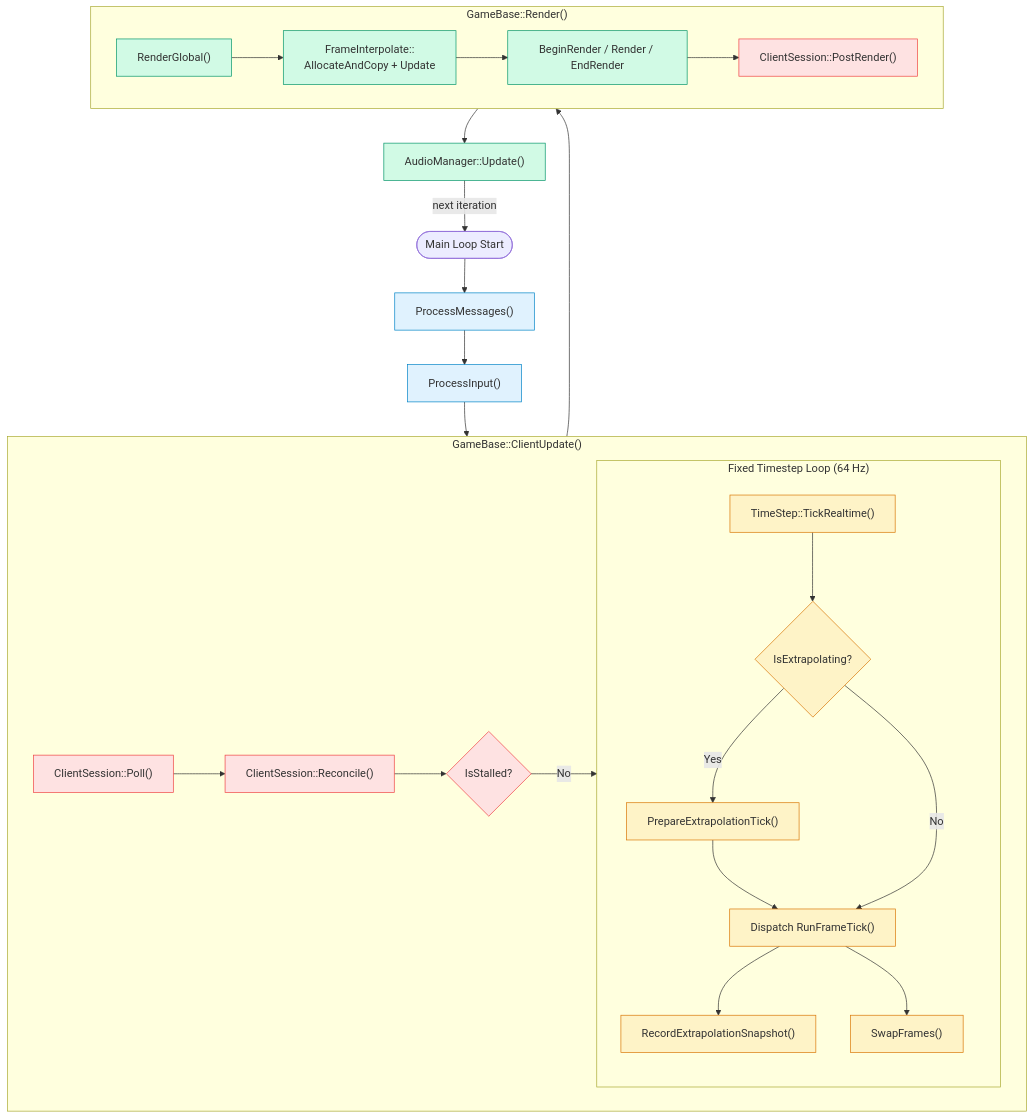
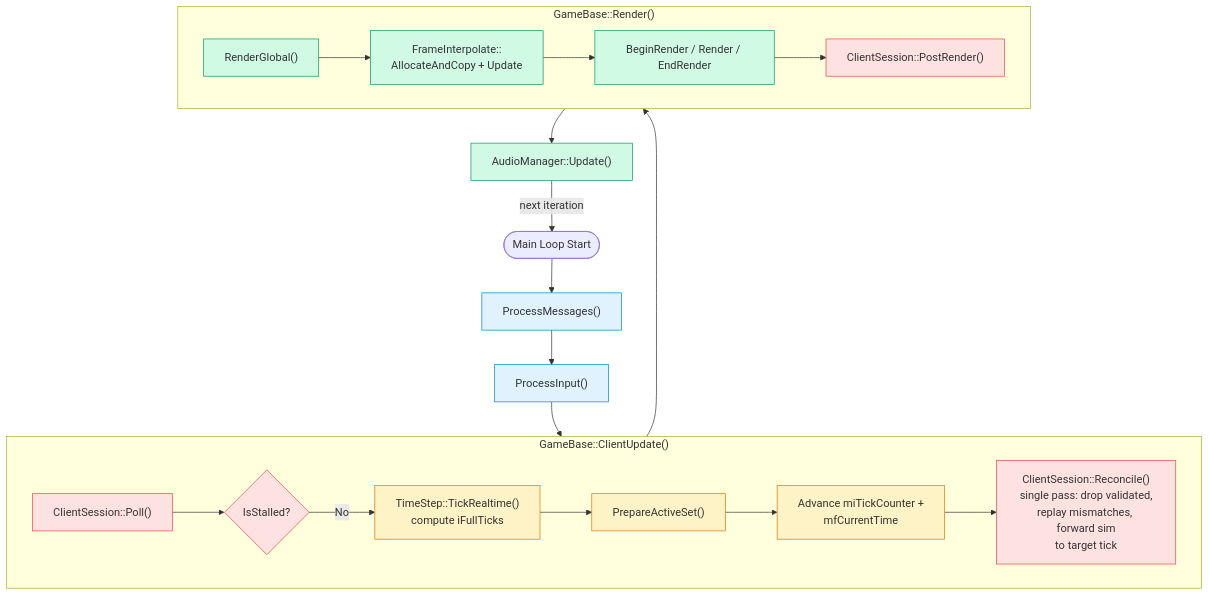
The second of 5 diagrams in Documents/Architecture/FrameUpdatePipeline.md (DougTanner/BrokenEnginePublic), drawn with Mermaid before and after one commit. The commit also changed other lines of this file and 45 other files, not shown here.

````diff
--- a/Documents/Architecture/FrameUpdatePipeline.md
+++ b/Documents/Architecture/FrameUpdatePipeline.md
@@ -54,52 +54,43 @@
 ```mermaid
 %%{init: {'theme': 'default'}}%%
 flowchart TD
     classDef input fill:#e0f2fe,stroke:#0284c7
     classDef physics fill:#fef3c7,stroke:#d97706
     classDef network fill:#fee2e2,stroke:#ef4444
     classDef render fill:#d1fae5,stroke:#059669
 
     start(["Main Loop Start"])
 
     msgs["ProcessMessages()"]:::input
 
     preupdate["ProcessInput()"]:::input
 
     subgraph tick_frames ["GameBase::ClientUpdate()"]
         poll["ClientSession::Poll()"]:::network
-        reconcile["ClientSession::Reconcile()"]:::network
         stall_check{"IsStalled?"}:::network
-        poll --> reconcile
-        reconcile --> stall_check
+        poll --> stall_check
 
-        subgraph physics_loop ["Fixed Timestep Loop (64 Hz)"]
-            ts["TimeStep::TickRealtime()"]:::physics
-            extrap_check{"IsExtrapolating?"}:::physics
-            extrap_prep["PrepareExtrapolationTick()"]:::physics
-            dispatch["Dispatch RunFrameTick()"]:::physics
-            extrap_record["RecordExtrapolationSnapshot()"]:::physics
-            frame_swap["SwapFrames()"]:::physics
-            ts --> extrap_check
-            extrap_check -->|"Yes"| extrap_prep --> dispatch --> extrap_record
-            extrap_check -->|"No"| dispatch --> frame_swap
-        end
+        ts["TimeStep::TickRealtime()<br/>compute iFullTicks"]:::physics
+        prepare_active["PrepareActiveSet()"]:::physics
+        advance["Advance miTickCounter +<br/>mfCurrentTime"]:::physics
+        reconcile["ClientSession::Reconcile()<br/>single pass: drop validated,<br/>replay mismatches, forward sim<br/>to target tick"]:::network
 
-        stall_check -->|No| physics_loop
+        stall_check -->|No| ts --> prepare_active --> advance --> reconcile
     end
 
     subgraph render_method ["GameBase::Render()"]
         r_global["RenderGlobal()"]:::render
         r_interp["FrameInterpolate::<br/>AllocateAndCopy + Update"]:::render
         r_render["BeginRender / Render / EndRender"]:::render
 
         post_render["ClientSession::PostRender()"]:::network
 
         r_global --> r_interp --> r_render --> post_render
     end
 
     audio["AudioManager::Update()"]:::render
 
     start --> msgs --> preupdate --> tick_frames
     tick_frames --> render_method --> audio
     audio -->|next iteration| start
 ```
````
